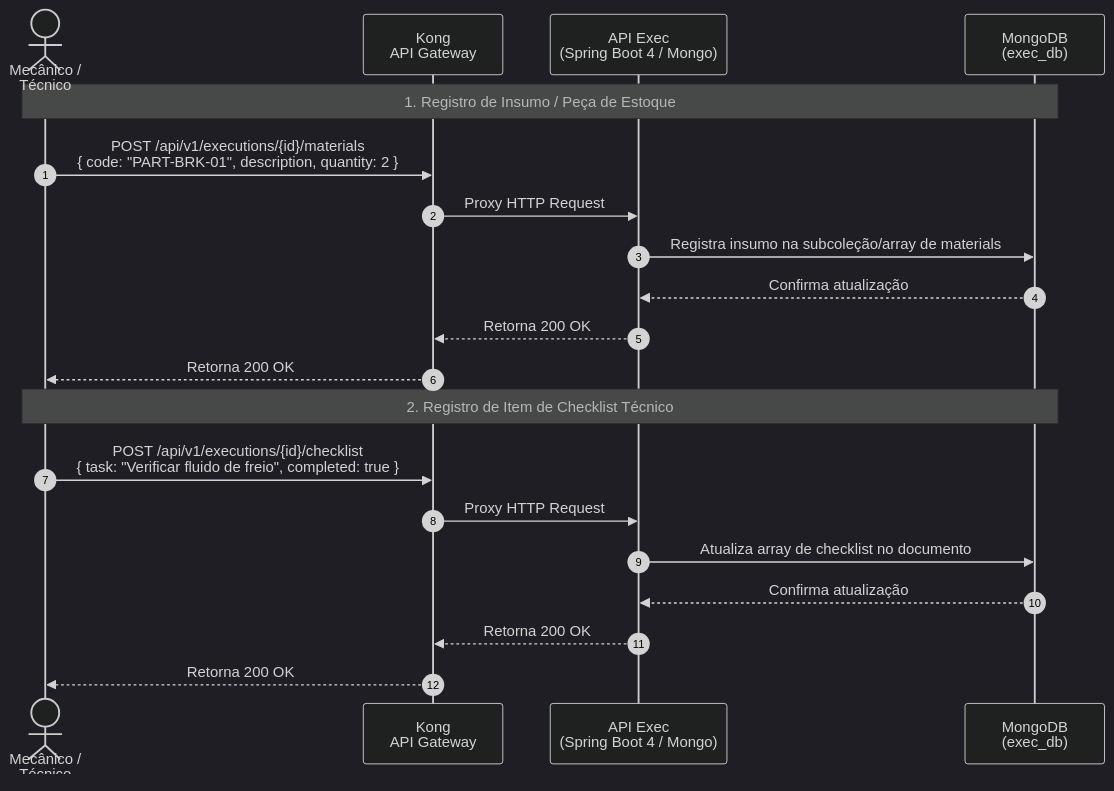
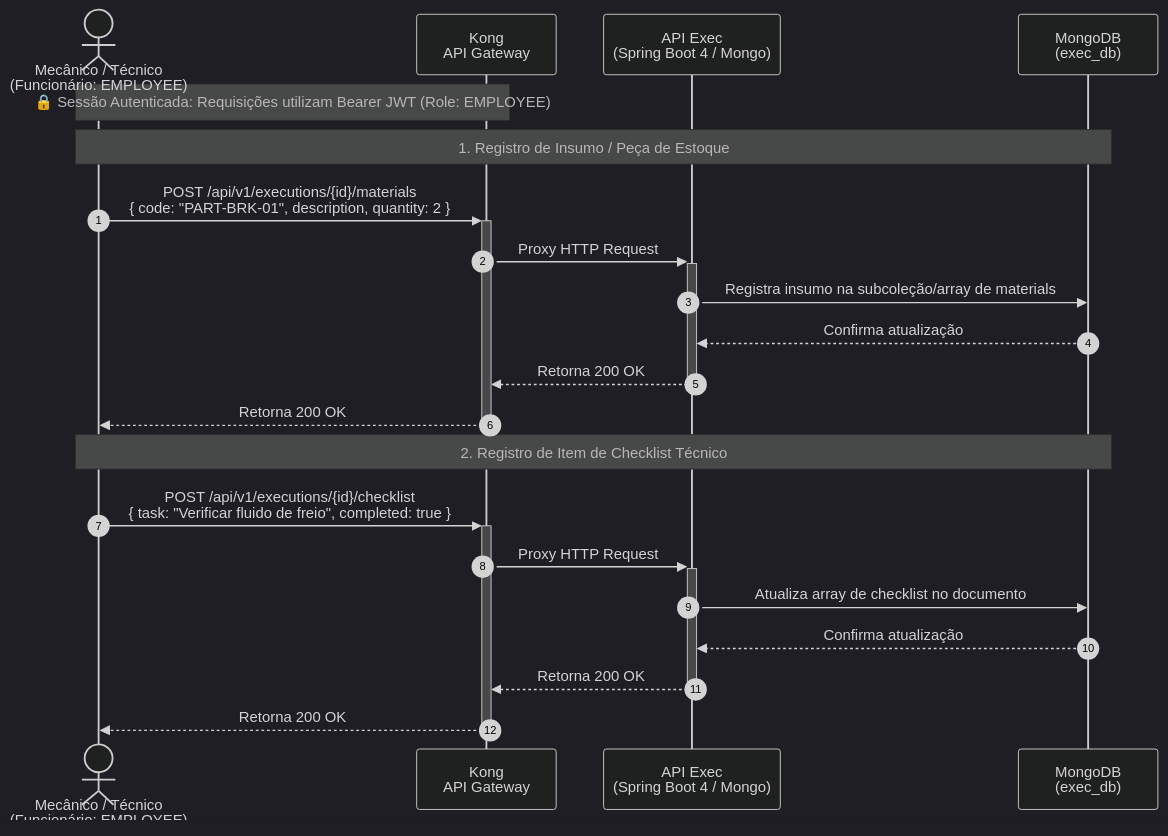
Before and after one commit to rodsordi/15soat-phase4-e2e: the diagram in src/test/resources/features/exec/materials_and_checklist.md, drawn with Mermaid (dark theme). The commit also changed 12 other files, not shown here.

````diff
--- a/src/test/resources/features/exec/materials_and_checklist.md
+++ b/src/test/resources/features/exec/materials_and_checklist.md
@@ -10,26 +10,28 @@
 ```mermaid
 sequenceDiagram
     autonumber
-    actor Mecanico as Mecânico /<br/>Técnico
+    actor Mecanico as Mecânico / Técnico<br/>(Funcionário: EMPLOYEE)
     participant Kong as Kong<br/>API Gateway
     participant Exec as API Exec<br/>(Spring Boot 4 / Mongo)
     participant Mongo as MongoDB<br/>(exec_db)
 
+    Note over Mecanico,Kong: 🔒 Sessão Autenticada: Requisições utilizam Bearer JWT (Role: EMPLOYEE)
+
     %% Lançamento de Material
     Note over Mecanico,Mongo: 1. Registro de Insumo / Peça de Estoque
-    Mecanico->>Kong: POST /api/v1/executions/{id}/materials<br/>{ code: "PART-BRK-01", description, quantity: 2 }
-    Kong->>Exec: Proxy HTTP Request
+    Mecanico->>+Kong: POST /api/v1/executions/{id}/materials<br/>{ code: "PART-BRK-01", description, quantity: 2 }
+    Kong->>+Exec: Proxy HTTP Request
     Exec->>Mongo: Registra insumo na subcoleção/array de materials
     Mongo-->>Exec: Confirma atualização
-    Exec-->>Kong: Retorna 200 OK
-    Kong-->>Mecanico: Retorna 200 OK
+    Exec-->>-Kong: Retorna 200 OK
+    Kong-->>-Mecanico: Retorna 200 OK
 
     %% Preenchimento de Checklist
     Note over Mecanico,Mongo: 2. Registro de Item de Checklist Técnico
-    Mecanico->>Kong: POST /api/v1/executions/{id}/checklist<br/>{ task: "Verificar fluido de freio", completed: true }
-    Kong->>Exec: Proxy HTTP Request
+    Mecanico->>+Kong: POST /api/v1/executions/{id}/checklist<br/>{ task: "Verificar fluido de freio", completed: true }
+    Kong->>+Exec: Proxy HTTP Request
     Exec->>Mongo: Atualiza array de checklist no documento
     Mongo-->>Exec: Confirma atualização
-    Exec-->>Kong: Retorna 200 OK
-    Kong-->>Mecanico: Retorna 200 OK
+    Exec-->>-Kong: Retorna 200 OK
+    Kong-->>-Mecanico: Retorna 200 OK
 ```
````
